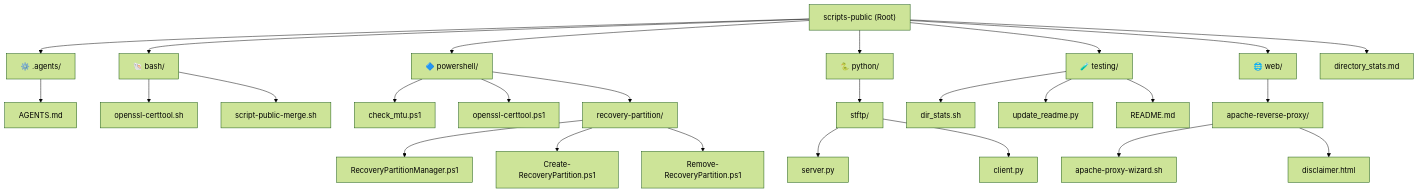
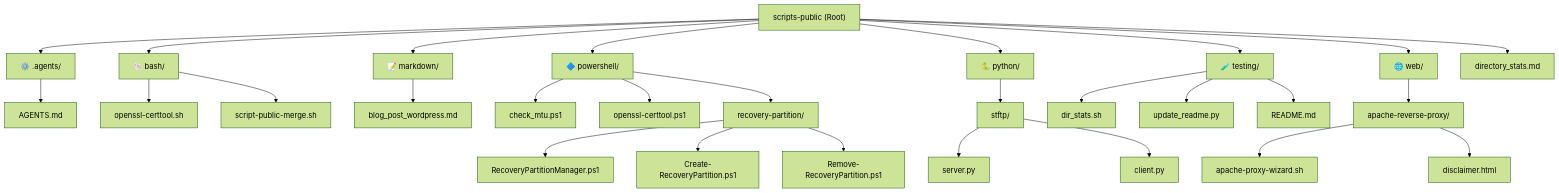
Before and after one commit to Richie086/scripts-public: the diagram in scripts_catalog.md, drawn with Mermaid (forest theme). The commit also changed other lines of this file and 2 other files, not shown here.

Commit message:
Add markdown folder with WordPress blog post writeup and update catalog docs

````diff
--- a/scripts_catalog.md
+++ b/scripts_catalog.md
@@ -9,34 +9,36 @@
 ```mermaid
 graph TD
     root["scripts-public (Root)"] --> agents["⚙️ .agents/"]
     root --> bash["🐚 bash/"]
+    root --> markdown["📝 markdown/"]
     root --> powershell["🔷 powershell/"]
     root --> python["🐍 python/"]
     root --> testing["🧪 testing/"]
     root --> web["🌐 web/"]
     root --> dir_stats_report["directory_stats.md"]
 
     agents --> agents_md["AGENTS.md"]
     bash --> cert_sh["openssl-certtool.sh"]
     bash --> merge_sh["script-public-merge.sh"]
+    markdown --> blog_post_wp["blog_post_wordpress.md"]
 
     powershell --> check_mtu["check_mtu.ps1"]
     powershell --> cert_ps1["openssl-certtool.ps1"]
     powershell --> rec_part["recovery-partition/"]
 
     rec_part --> rp_mgr["RecoveryPartitionManager.ps1"]
     rec_part --> rp_c1["Create-RecoveryPartition.ps1"]
     rec_part --> rp_rem["Remove-RecoveryPartition.ps1"]
 
     python --> stftp["stftp/"]
     stftp --> stftp_srv["server.py"]
     stftp --> stftp_cli["client.py"]
 
     testing --> dir_stats_sh["dir_stats.sh"]
     testing --> update_readme_py["update_readme.py"]
     testing --> test_readme["README.md"]
 
     web --> proxy["apache-reverse-proxy/"]
     proxy --> proxy_sh["apache-proxy-wizard.sh"]
     proxy --> proxy_htm["disclaimer.html"]
 ```
````
